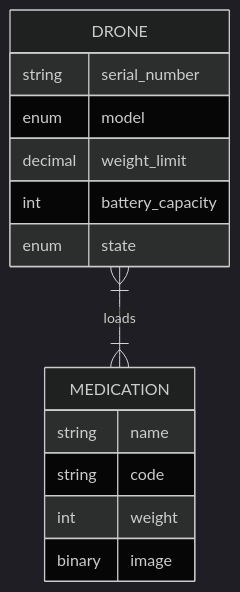
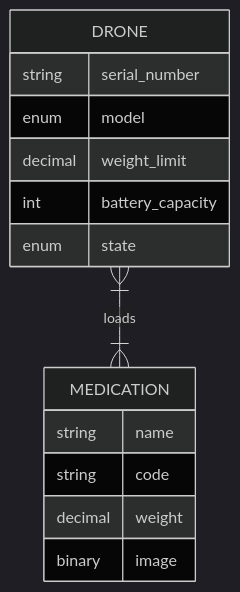
Before and after one commit to milyiyo/drf_drone: the first of 2 diagrams in README.md, drawn with Mermaid (dark theme). The commit also changed other lines of this file, not shown here.

Commit message:
Add a note and fix a type in the README

````diff
--- a/README.md
+++ b/README.md
@@ -5,17 +5,17 @@
 ```mermaid
     erDiagram
         DRONE }|--|{ MEDICATION : loads
         DRONE {
             string serial_number
             enum model
             decimal weight_limit
             int battery_capacity
             enum state
         }
         MEDICATION {
             string name
             string code
-            int weight
+            decimal weight
             binary image
         }
 ```
````
